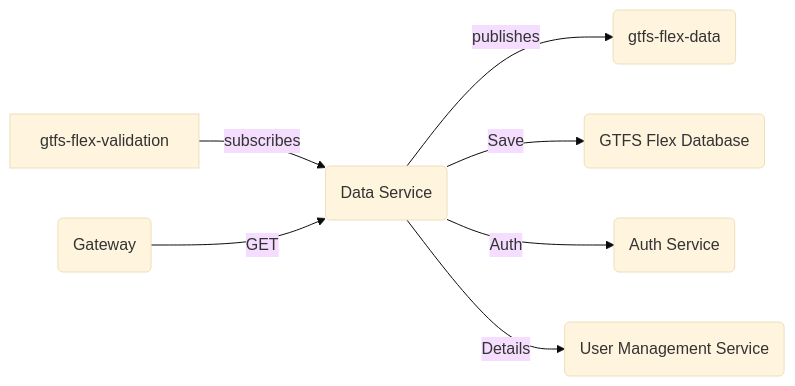
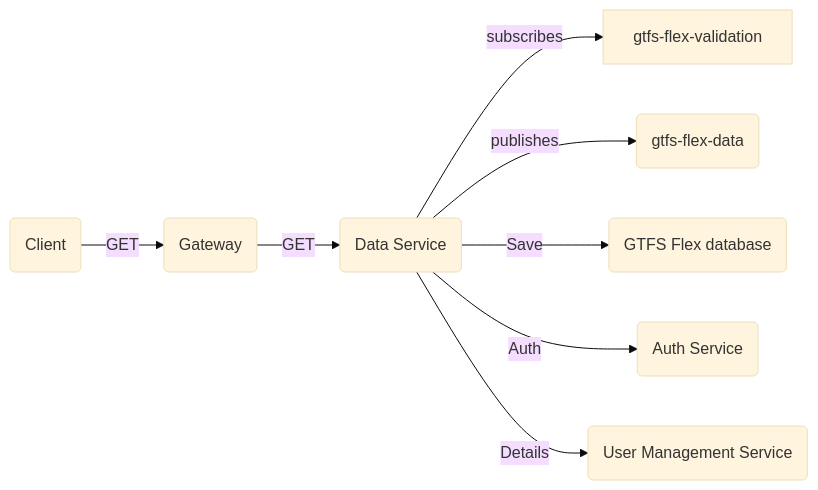
One commit to TaskarCenterAtUW/TDEI-flex-datasvc-ts changed the first of 2 diagrams in README.md. Above: the diagram before and after it, drawn with Mermaid (base theme). The commit also changed other lines of this file, not shown here.

````diff
--- a/README.md
+++ b/README.md
@@ -73,8 +74,10 @@
 ```mermaid
 graph LR;
-    A[gtfs-flex-validation] -->|subscribes| B(Data Service) -->|publishes| C(gtfs-flex-data)
-    B -->|Save| D(GTFS Flex Database)
+    B(Data Service) -->|subscribes| A[gtfs-flex-validation]
+    B -->|publishes| C(gtfs-flex-data)
+    B -->|Save| D(GTFS Flex database)
     B -->|Auth| E(Auth Service)
-    B -->|Details| F(User Management Service)
+    B -->|Details| I(User Management Service)
     G(Gateway) -->|GET| B(Data Service)
+    H(Client) -->|GET| G
 ```
````
